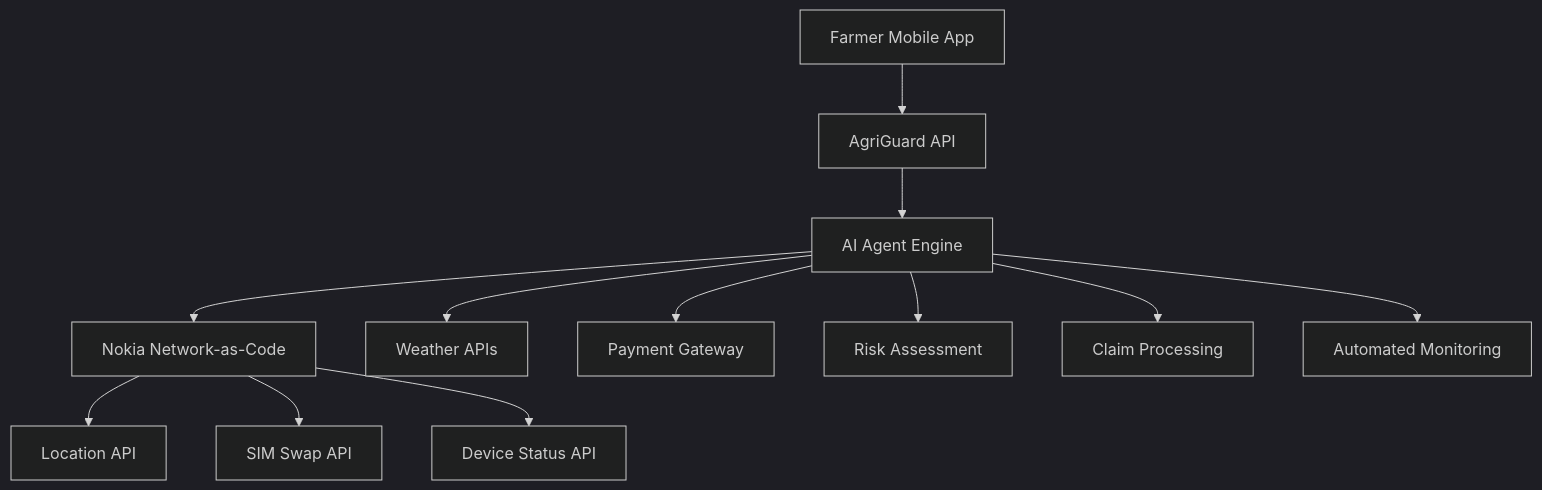
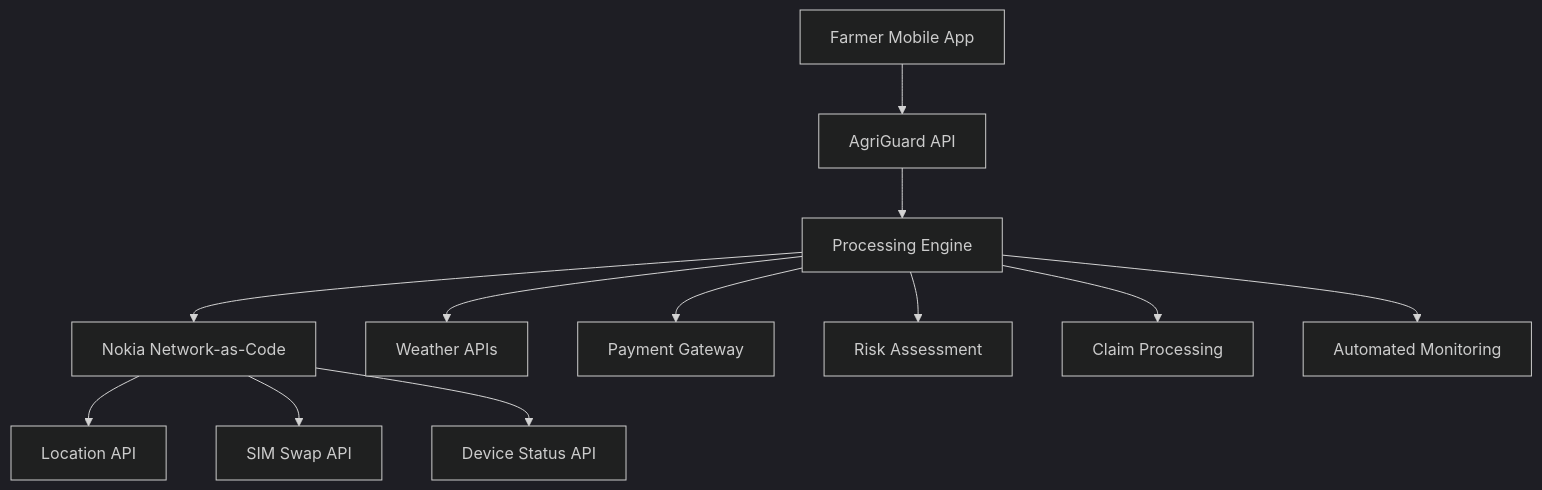
Before and after one commit to stopitmane/task-hacker-earth: the diagram in README.md, drawn with Mermaid (dark theme). The commit also changed other lines of this file and 19 other files, not shown here.

````diff
--- a/README.md
+++ b/README.md
@@ -54,16 +54,16 @@
 ```mermaid
 graph TB
     A[Farmer Mobile App] --> B[AgriGuard API]
-    B --> C[AI Agent Engine]
+    B --> C[Processing Engine]
     C --> D[Nokia Network-as-Code]
     C --> E[Weather APIs]
     C --> F[Payment Gateway]
     
     D --> G[Location API]
     D --> H[SIM Swap API] 
     D --> I[Device Status API]
     
     C --> J[Risk Assessment]
     C --> K[Claim Processing]
     C --> L[Automated Monitoring]
 ```
````
